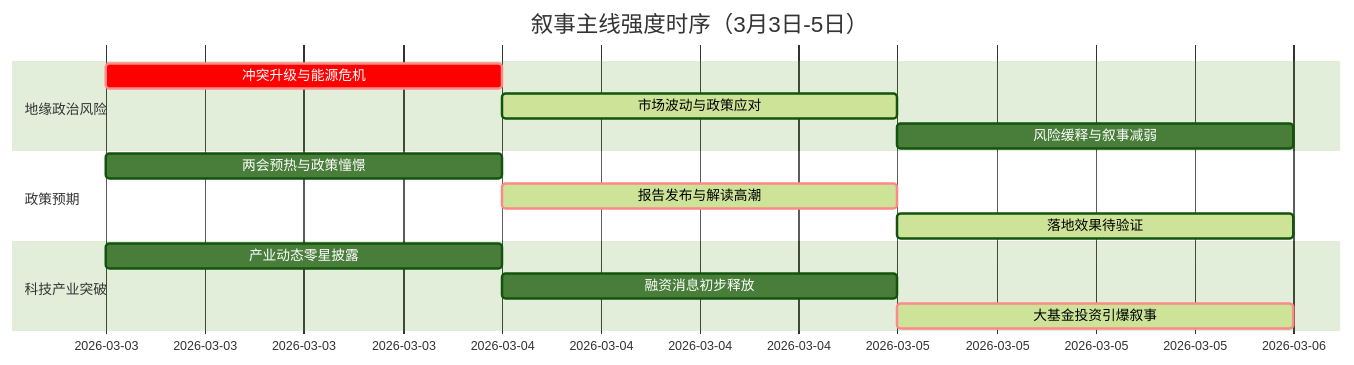
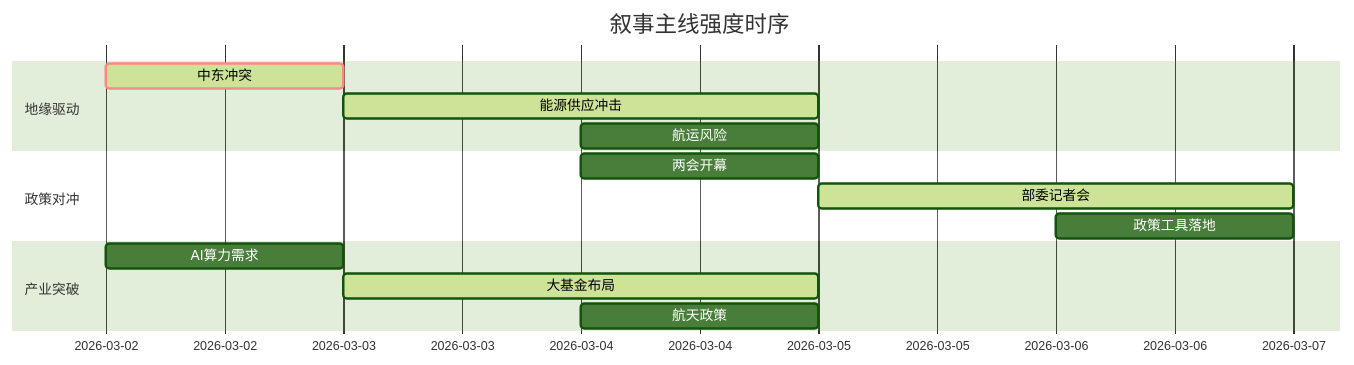
The diagram in 5day_report.md (uu5zn/uu5zn.github.io), drawn with Mermaid (forest theme) before and after one commit. The commit also changed other lines of this file and 2 other files, not shown here.

````diff
--- a/5day_report.md
+++ b/5day_report.md
@@ -54,19 +53,19 @@
 ```mermaid
 gantt
-    title 叙事主线强度时序（3月3日-5日）
+    title 叙事主线强度时序
     dateFormat  YYYY-MM-DD
-    section 地缘政治风险
-    冲突升级与能源危机   :crit, 2026-03-03, 1d
-    市场波动与政策应对   :active, 2026-03-04, 1d
-    风险缓释与叙事减弱   :2026-03-05, 1d
+    section 地缘驱动
+    中东冲突   :crit, active, 2026-03-02, 1d
+    能源供应冲击   :active, 2026-03-03, 2d
+    航运风险   :2026-03-04, 1d
     
-    section 政策预期
-    两会预热与政策憧憬   :2026-03-03, 1d
-    报告发布与解读高潮   :crit, active, 2026-03-04, 1d
-    落地效果待验证       :active, 2026-03-05, 1d
+    section 政策对冲
+    两会开幕   :2026-03-04, 1d
+    部委记者会   :active, 2026-03-05, 2d
+    政策工具落地   :2026-03-06, 1d
     
-    section 科技产业突破
-    产业动态零星披露     :2026-03-03, 1d
-    融资消息初步释放     :2026-03-04, 1d
-    大基金投资引爆叙事   :crit, active, 2026-03-05, 1d
+    section 产业突破
+    AI算力需求   :2026-03-02, 1d
+    大基金布局   :active, 2026-03-03, 2d
+    航天政策   :2026-03-04, 1d
 ```
````
